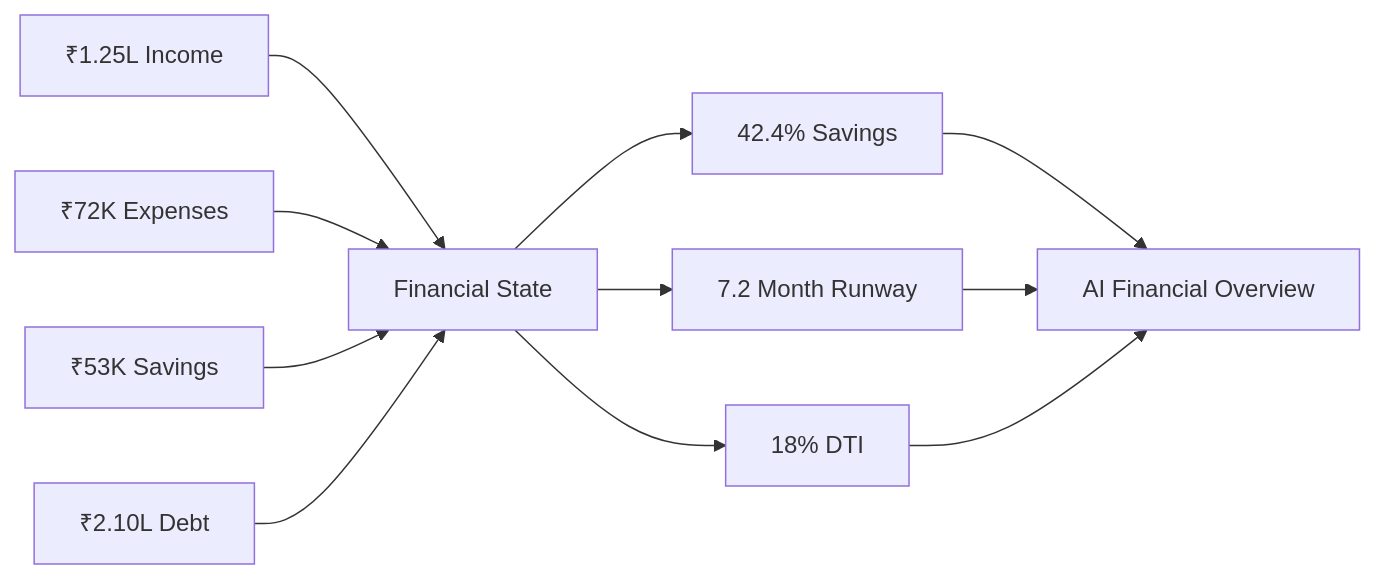
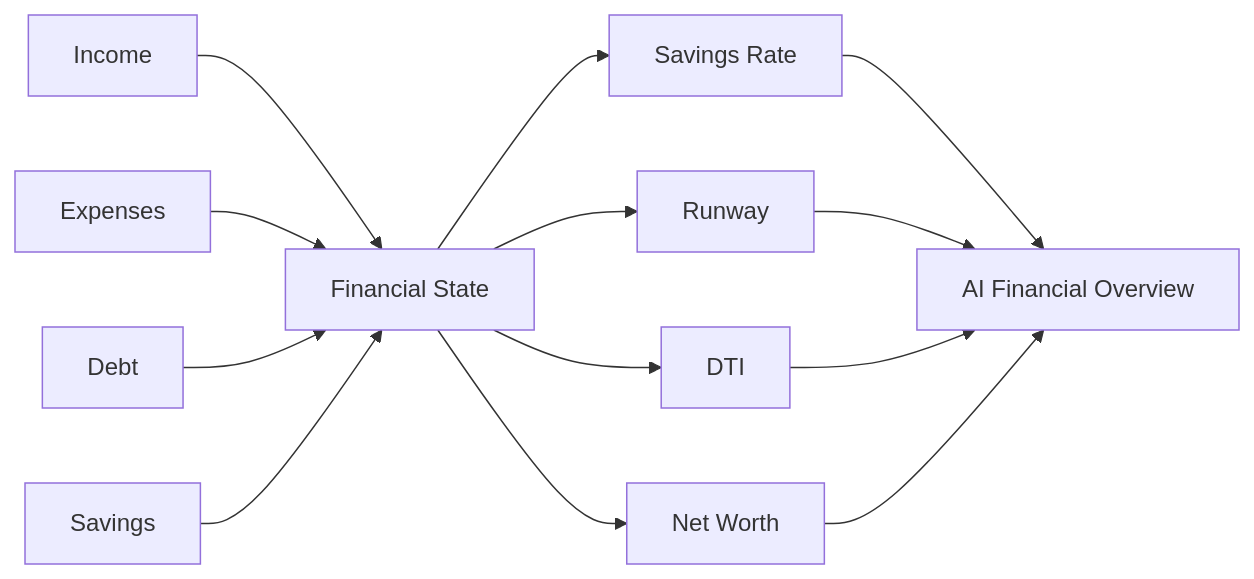
The eighth of 11 diagrams in README.md (ShlokMishra01/Fintech-assistant-model-with-neo4j-and-Python), drawn with Mermaid before and after one commit. The commit also changed other lines of this file, not shown here.

````diff
--- a/README.md
+++ b/README.md
@@ -524,15 +620,23 @@
 ```mermaid
 flowchart LR
-    A["₹1.25L Income"] --> E["Financial State"]
-    B["₹72K Expenses"] --> E
-    C["₹53K Savings"] --> E
-    D["₹2.10L Debt"] --> E
 
-    E --> F["42.4% Savings"]
-    E --> G["7.2 Month Runway"]
-    E --> H["18% DTI"]
+    A["Income"]
+    B["Expenses"]
+    C["Debt"]
+    D["Savings"]
 
-    F --> I["AI Financial Overview"]
-    G --> I
-    H --> I
+    A --> F["Financial State"]
+    B --> F
+    C --> F
+    D --> F
+
+    F --> G["Savings Rate"]
+    F --> H["Runway"]
+    F --> I["DTI"]
+    F --> J["Net Worth"]
+
+    G --> K["AI Financial Overview"]
+    H --> K
+    I --> K
+    J --> K
 ```
````
